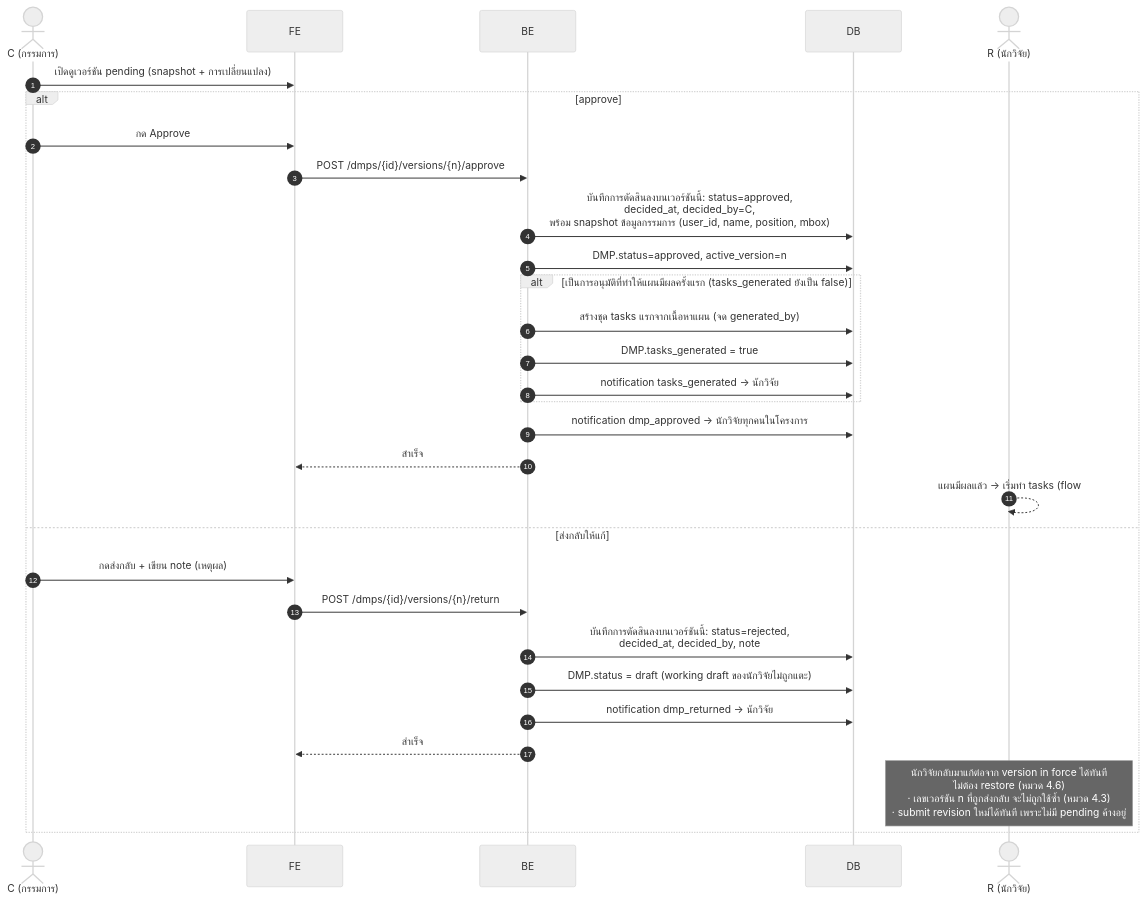
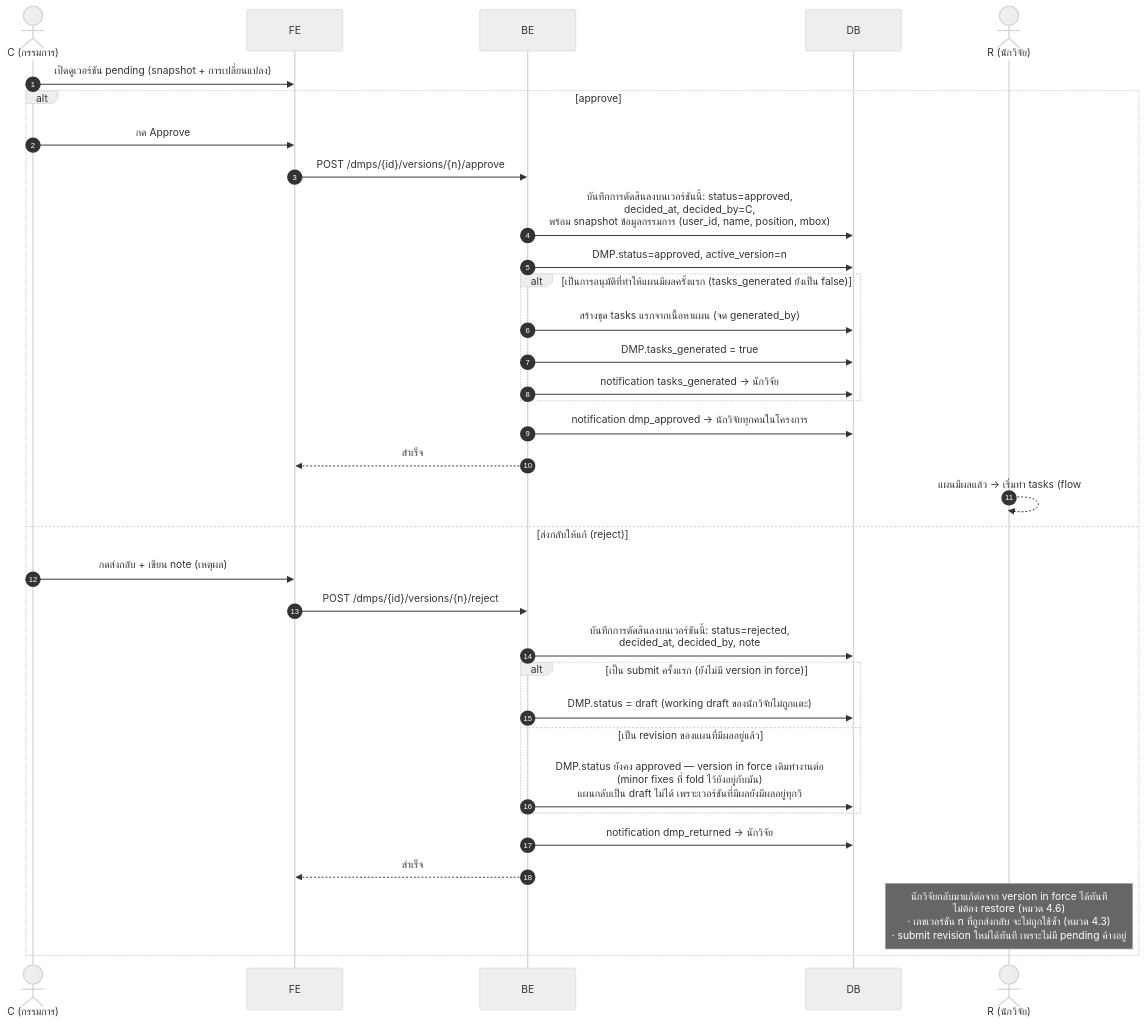
The sixth of 18 diagrams in docs/architecture/sequence-diagrams.md (Open-Science-and-Data-management/Backend), drawn with Mermaid (neutral theme) before and after one commit. The commit also changed other lines of this file and 26 other files, not shown here.

````diff
--- a/docs/architecture/sequence-diagrams.md
+++ b/docs/architecture/sequence-diagrams.md
@@ -251,33 +259,37 @@
 ```mermaid
 sequenceDiagram
     autonumber
     actor C as C (กรรมการ)
     participant FE as FE
     participant BE as BE
     participant DB as DB
     actor R as R (นักวิจัย)
 
     C->>FE: เปิดดูเวอร์ชัน pending (snapshot + การเปลี่ยนแปลง)
     alt approve
         C->>FE: กด Approve
         FE->>BE: POST /dmps/{id}/versions/{n}/approve
         BE->>DB: บันทึกการตัดสินลงบนเวอร์ชันนี้: status=approved,<br/>decided_at, decided_by=C,<br/>พร้อม snapshot ข้อมูลกรรมการ (user_id, name, position, mbox)
         BE->>DB: DMP.status=approved, active_version=n
         alt เป็นการอนุมัติที่ทำให้แผนมีผลครั้งแรก (tasks_generated ยังเป็น false)
             BE->>DB: สร้างชุด tasks แรกจากเนื้อหาแผน (จด generated_by)
             BE->>DB: DMP.tasks_generated = true
             BE->>DB: notification tasks_generated → นักวิจัย
         end
         BE->>DB: notification dmp_approved → นักวิจัยทุกคนในโครงการ
         BE-->>FE: สำเร็จ
         R-->>R: แผนมีผลแล้ว → เริ่มทำ tasks (flow #12)
-    else ส่งกลับให้แก้
+    else ส่งกลับให้แก้ (reject)
         C->>FE: กดส่งกลับ + เขียน note (เหตุผล)
-        FE->>BE: POST /dmps/{id}/versions/{n}/return
+        FE->>BE: POST /dmps/{id}/versions/{n}/reject
         BE->>DB: บันทึกการตัดสินลงบนเวอร์ชันนี้: status=rejected,<br/>decided_at, decided_by, note
-        BE->>DB: DMP.status = draft (working draft ของนักวิจัยไม่ถูกแตะ)
+        alt เป็น submit ครั้งแรก (ยังไม่มี version in force)
+            BE->>DB: DMP.status = draft (working draft ของนักวิจัยไม่ถูกแตะ)
+        else เป็น revision ของแผนที่มีผลอยู่แล้ว
+            BE->>DB: DMP.status ยังคง approved — version in force เดิมทำงานต่อ<br/>(minor fixes ที่ fold ไว้ยังอยู่กับมัน)<br/>แผนกลับเป็น draft ไม่ได้ เพราะเวอร์ชันที่มีผลยังมีผลอยู่ทุกวิ
+        end
         BE->>DB: notification dmp_returned → นักวิจัย
         BE-->>FE: สำเร็จ
         Note over R: นักวิจัยกลับมาแก้ต่อจาก version in force ได้ทันที<br/>ไม่ต้อง restore (หมวด 4.6)<br/>· เลขเวอร์ชัน n ที่ถูกส่งกลับ จะไม่ถูกใช้ซ้ำ (หมวด 4.3)<br/>· submit revision ใหม่ได้ทันที เพราะไม่มี pending ค้างอยู่
     end
 ```
````
